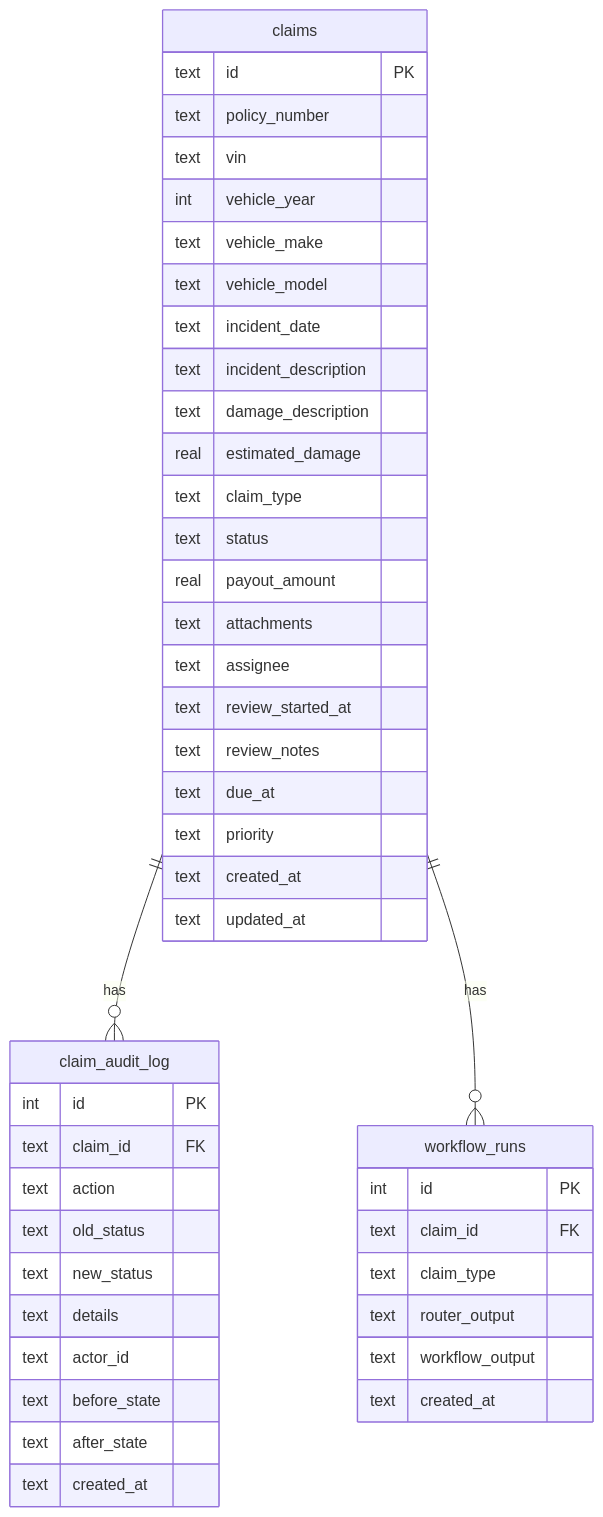
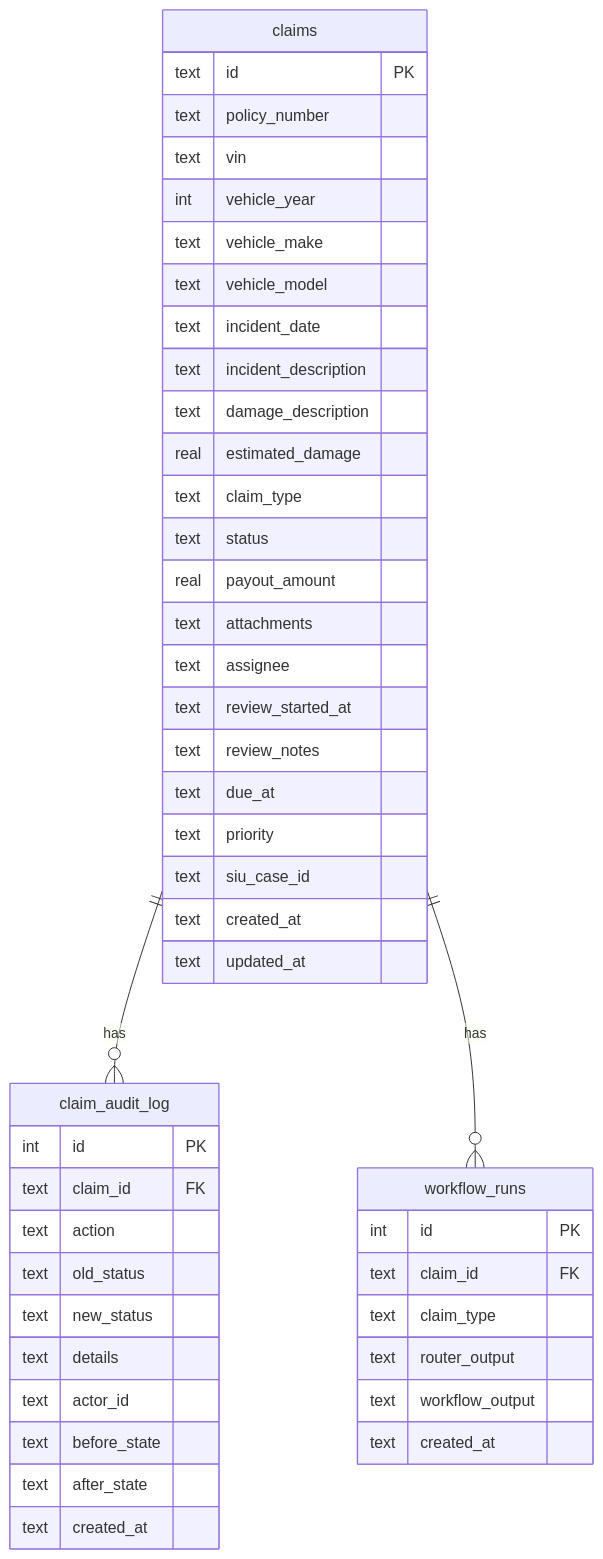
The diagram in docs/database.md (csmangum/auto-agent), drawn with Mermaid before and after one commit. The commit also changed other lines of this file and 7 other files, not shown here.

First line of the commit message:
Add siu_case_id column to claims for SIU integration

````diff
--- a/docs/database.md
+++ b/docs/database.md
@@ -29,51 +29,52 @@
 ```mermaid
 erDiagram
     claims ||--o{ claim_audit_log : "has"
     claims ||--o{ workflow_runs : "has"
     
     claims {
         text id PK
         text policy_number
         text vin
         int vehicle_year
         text vehicle_make
         text vehicle_model
         text incident_date
         text incident_description
         text damage_description
         real estimated_damage
         text claim_type
         text status
         real payout_amount
         text attachments
         text assignee
         text review_started_at
         text review_notes
         text due_at
         text priority
+        text siu_case_id
         text created_at
         text updated_at
     }
     
     claim_audit_log {
         int id PK
         text claim_id FK
         text action
         text old_status
         text new_status
         text details
         text actor_id
         text before_state
         text after_state
         text created_at
     }
     
     workflow_runs {
         int id PK
         text claim_id FK
         text claim_type
         text router_output
         text workflow_output
         text created_at
     }
 ```
````
